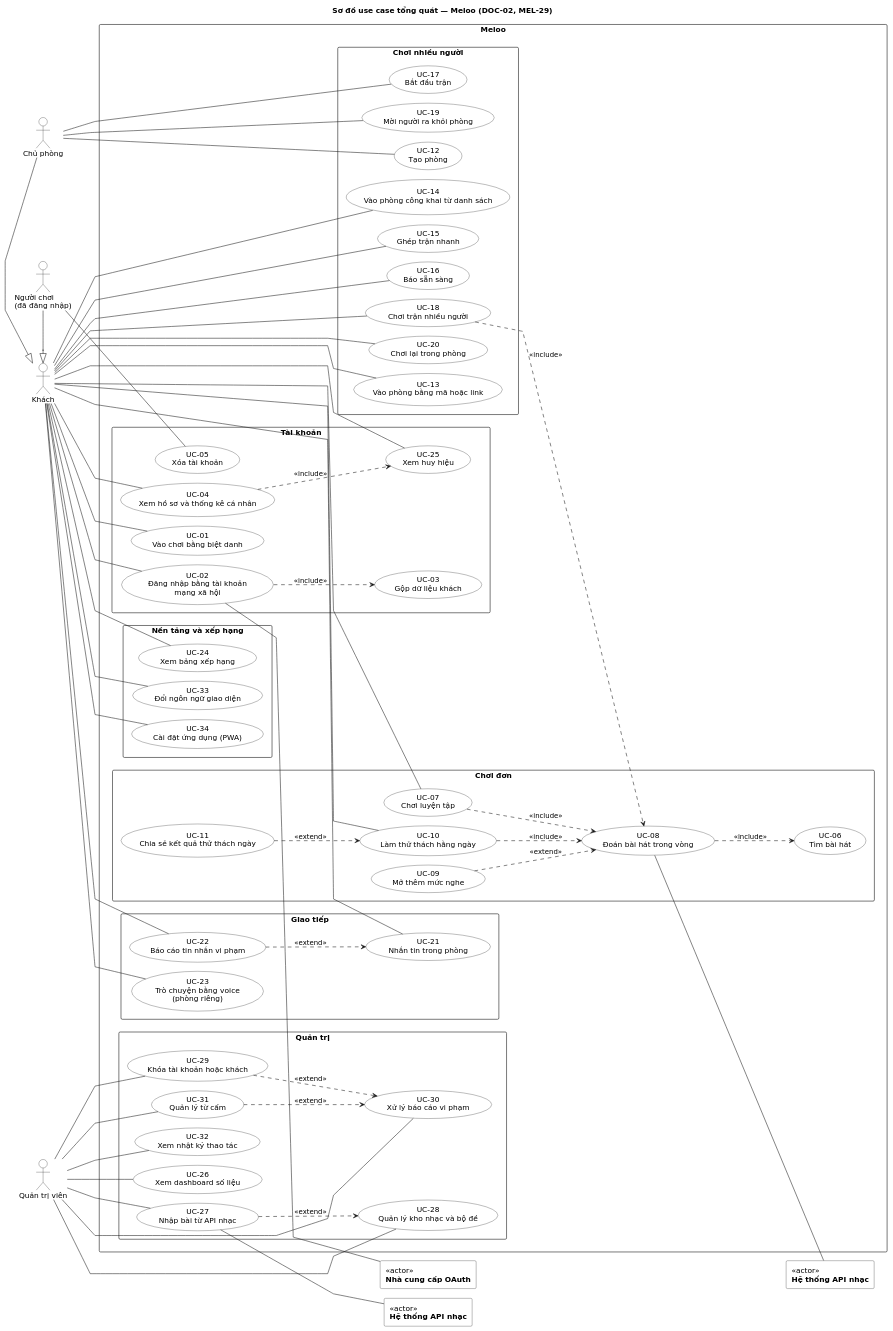
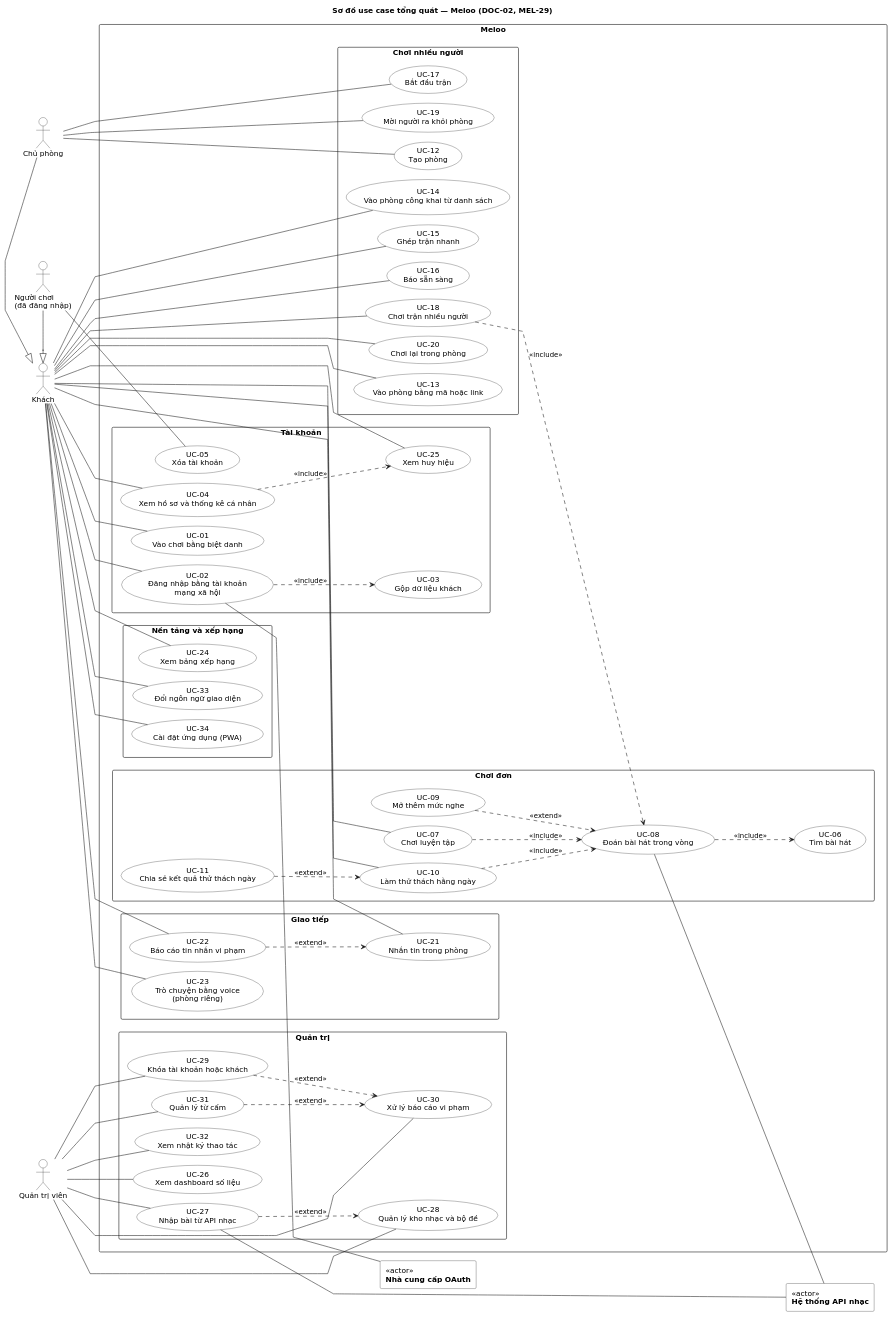
The diagram in docs/uml/usecase/uc-00-tong-quat.puml (ThaiDevv/meloo), drawn with PlantUML before and after one commit. The commit also changed 2 other files, not shown here.

Commit message:
docs(srs): từ chối khách bị khóa ở UC-12, 13, 21; gộp tác nhân API nhạc

```diff
--- a/docs/uml/usecase/uc-00-tong-quat.puml
+++ b/docs/uml/usecase/uc-00-tong-quat.puml
@@ -1,130 +1,129 @@
 @startuml uc-00-tong-quat
 title Sơ đồ use case tổng quát — Meloo (DOC-02, MEL-29)
 left to right direction
 skinparam shadowing false
 skinparam linetype polyline
 skinparam nodesep 18
 skinparam ranksep 70
 skinparam defaultFontName DejaVu Sans
 skinparam usecase {
   BackgroundColor white
   BorderColor black
 }
 skinparam actor {
   BackgroundColor white
   BorderColor black
 }
 skinparam rectangle {
   BackgroundColor white
   BorderColor black
 }
 actor "Quản trị viên" as Admin
 actor "Người chơi\n(đã đăng nhập)" as NguoiChoi
 actor "Khách" as Khach
 actor "Chủ phòng" as ChuPhong
 rectangle "<<actor>>\n**Nhà cung cấp OAuth**" as OAuth
-rectangle "<<actor>>\n**Hệ thống API nhạc**" as Music1
-rectangle "<<actor>>\n**Hệ thống API nhạc**" as Music2
+rectangle "<<actor>>\n**Hệ thống API nhạc**" as Music
 
 rectangle "**Meloo**" as sys {
   rectangle "Tài khoản" as G0 {
     usecase "UC-01\nVào chơi bằng biệt danh" as UC01
     usecase "UC-02\nĐăng nhập bằng tài khoản\nmạng xã hội" as UC02
     usecase "UC-03\nGộp dữ liệu khách" as UC03
     usecase "UC-04\nXem hồ sơ và thống kê cá nhân" as UC04
     usecase "UC-05\nXóa tài khoản" as UC05
     usecase "UC-25\nXem huy hiệu" as UC25
   }
   rectangle "Nền tảng và xếp hạng" as G1 {
     usecase "UC-24\nXem bảng xếp hạng" as UC24
     usecase "UC-33\nĐổi ngôn ngữ giao diện" as UC33
     usecase "UC-34\nCài đặt ứng dụng (PWA)" as UC34
   }
   rectangle "Chơi đơn" as G2 {
     usecase "UC-06\nTìm bài hát" as UC06
     usecase "UC-07\nChơi luyện tập" as UC07
     usecase "UC-08\nĐoán bài hát trong vòng" as UC08
     usecase "UC-09\nMở thêm mức nghe" as UC09
     usecase "UC-10\nLàm thử thách hằng ngày" as UC10
     usecase "UC-11\nChia sẻ kết quả thử thách ngày" as UC11
   }
   rectangle "Giao tiếp" as G3 {
     usecase "UC-21\nNhắn tin trong phòng" as UC21
     usecase "UC-22\nBáo cáo tin nhắn vi phạm" as UC22
     usecase "UC-23\nTrò chuyện bằng voice\n(phòng riêng)" as UC23
   }
   rectangle "Chơi nhiều người" as G4 {
     usecase "UC-12\nTạo phòng" as UC12
     usecase "UC-13\nVào phòng bằng mã hoặc link" as UC13
     usecase "UC-14\nVào phòng công khai từ danh sách" as UC14
     usecase "UC-15\nGhép trận nhanh" as UC15
     usecase "UC-16\nBáo sẵn sàng" as UC16
     usecase "UC-17\nBắt đầu trận" as UC17
     usecase "UC-18\nChơi trận nhiều người" as UC18
     usecase "UC-19\nMời người ra khỏi phòng" as UC19
     usecase "UC-20\nChơi lại trong phòng" as UC20
   }
   rectangle "Quản trị" as G5 {
     usecase "UC-26\nXem dashboard số liệu" as UC26
     usecase "UC-27\nNhập bài từ API nhạc" as UC27
     usecase "UC-28\nQuản lý kho nhạc và bộ đề" as UC28
     usecase "UC-29\nKhóa tài khoản hoặc khách" as UC29
     usecase "UC-30\nXử lý báo cáo vi phạm" as UC30
     usecase "UC-31\nQuản lý từ cấm" as UC31
     usecase "UC-32\nXem nhật ký thao tác" as UC32
   }
 }
 
 
 NguoiChoi -|> Khach
 ChuPhong -|> Khach
 
 Khach -- UC04
 Khach -- UC25
 NguoiChoi -[hidden]- UC04
 NguoiChoi -[hidden]- UC25
 NguoiChoi -- UC05
 Khach -- UC01
 Khach -- UC02
 Khach -- UC07
 Khach -- UC10
 Khach -- UC13
 Khach -- UC14
 Khach -- UC15
 Khach -- UC16
 Khach -- UC18
 Khach -- UC20
 Khach -- UC21
 Khach -- UC22
 Khach -- UC23
 Khach -- UC24
 Khach -- UC33
 Khach -- UC34
 ChuPhong -- UC12
 ChuPhong -- UC17
 ChuPhong -- UC19
 Admin -- UC26
 Admin -- UC27
 Admin -- UC28
 Admin -- UC29
 Admin -- UC30
 Admin -- UC31
 Admin -- UC32
 
 UC04 ..> UC25 : <<include>>
 UC02 ..> UC03 : <<include>>
 UC07 ..> UC08 : <<include>>
 UC10 ..> UC08 : <<include>>
 UC18 ..> UC08 : <<include>>
 UC08 ..> UC06 : <<include>>
 UC09 ..> UC08 : <<extend>>
 UC11 ..> UC10 : <<extend>>
 UC22 ..> UC21 : <<extend>>
 UC27 ..> UC28 : <<extend>>
 UC29 ..> UC30 : <<extend>>
 UC31 ..> UC30 : <<extend>>
 
 UC02 -- OAuth
-UC08 -- Music1
-UC27 -- Music2
+UC08 -- Music
+UC27 -- Music
 @enduml
```
